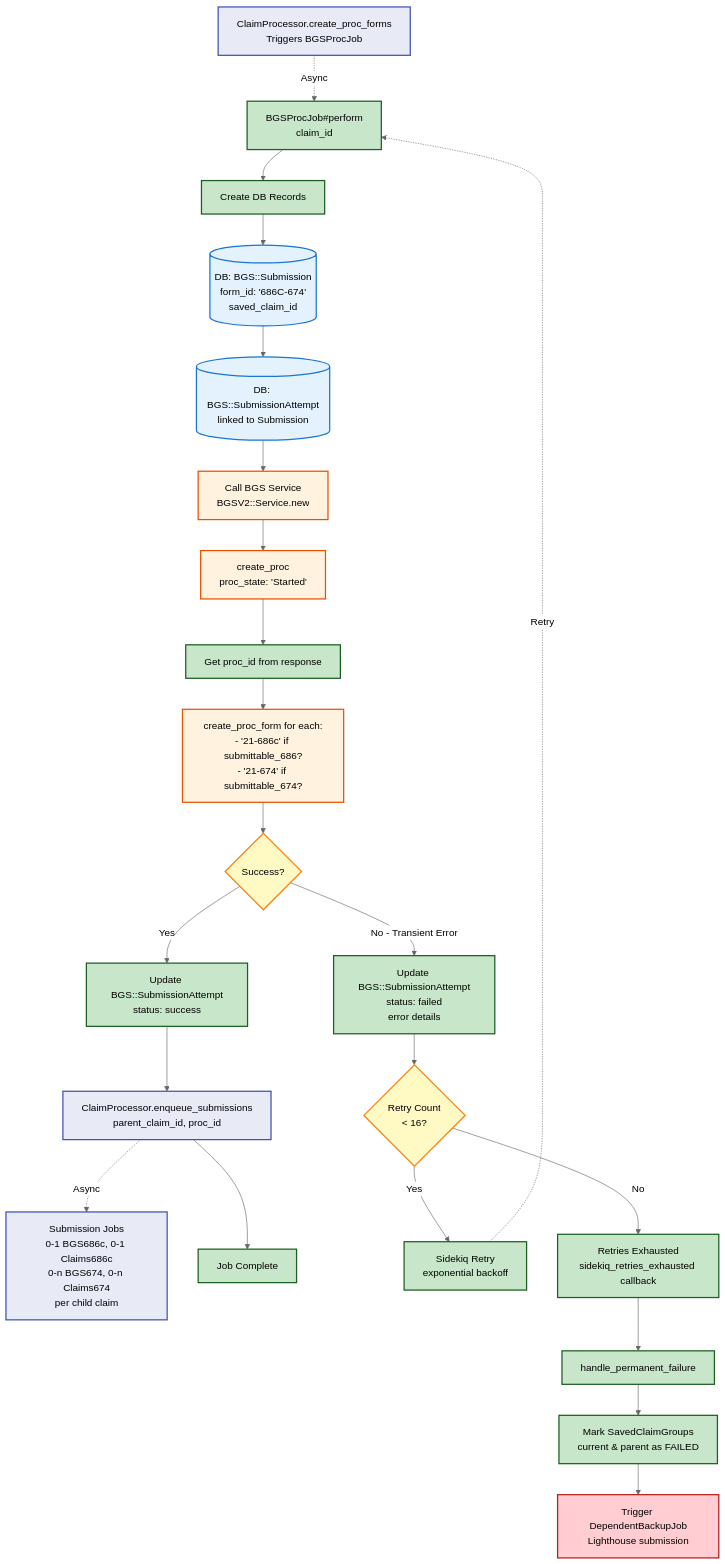
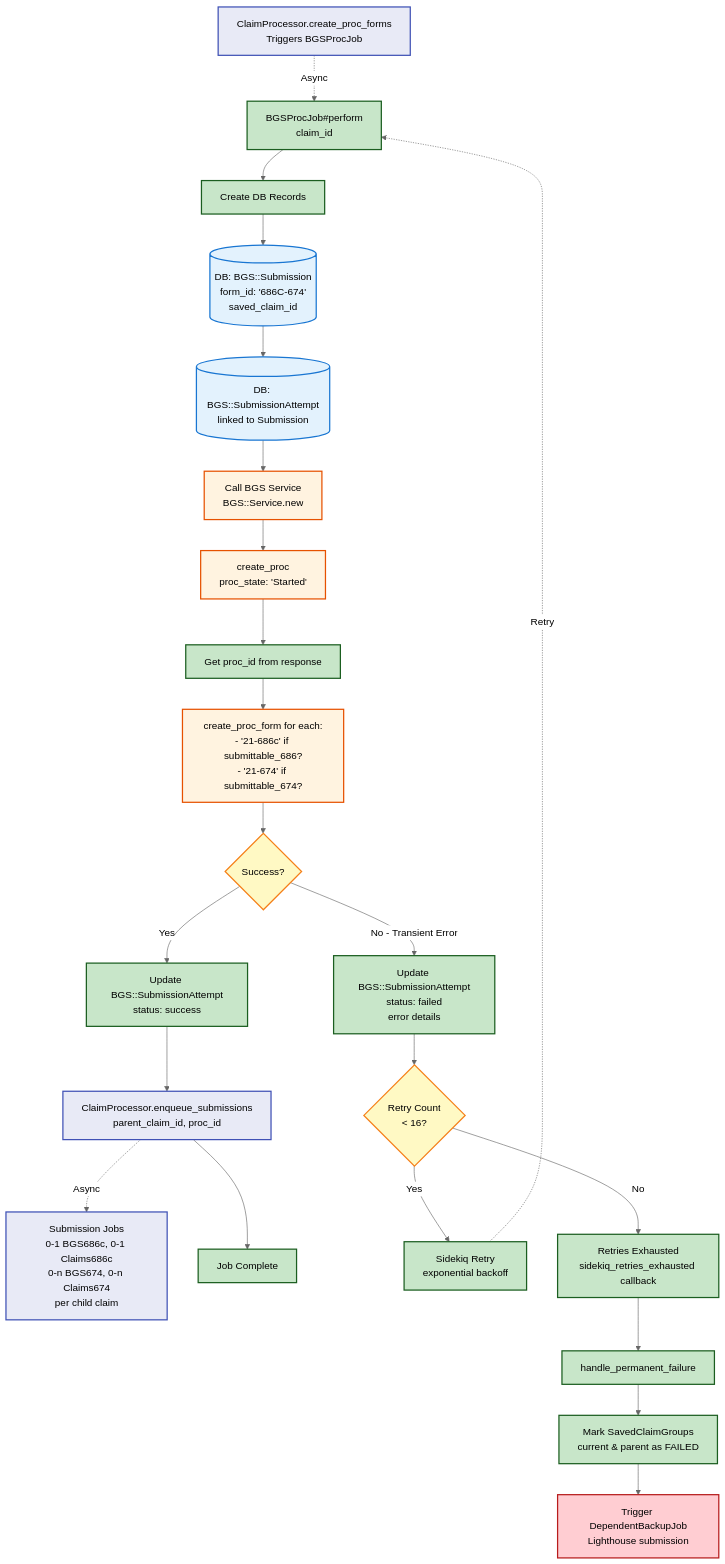
Before and after one commit to department-of-veterans-affairs/vets-api: the diagram in modules/dependents_benefits/documentation/data_flow_diagrams/bgs_proc_job_flow.md, drawn with Mermaid (neutral theme). The commit also changed 89 other files, not shown here.

````diff
--- a/modules/dependents_benefits/documentation/data_flow_diagrams/bgs_proc_job_flow.md
+++ b/modules/dependents_benefits/documentation/data_flow_diagrams/bgs_proc_job_flow.md
@@ -7,46 +7,46 @@
 ```mermaid
 graph TD
     Start[ClaimProcessor.create_proc_forms<br/>Triggers BGSProcJob] -.Async.-> Job[BGSProcJob#perform<br/>claim_id]
     
     Job --> CreateRecords[Create DB Records]
     CreateRecords --> DB1[(DB: BGS::Submission<br/>form_id: '686C-674'<br/>saved_claim_id)]
     DB1 --> DB2[(DB: BGS::SubmissionAttempt<br/>linked to Submission)]
     
-    DB2 --> CallBGS[Call BGS Service<br/>BGSV2::Service.new]
+    DB2 --> CallBGS[Call BGS Service<br/>BGS::Service.new]
     CallBGS --> CreateProc[create_proc<br/>proc_state: 'Started']
     CreateProc --> GetProcId[Get proc_id from response]
     
     GetProcId --> CreateForms[create_proc_form for each:<br/>- '21-686c' if submittable_686?<br/>- '21-674' if submittable_674?]
     
     CreateForms --> Success{Success?}
     
     Success -->|Yes| UpdateAttempt[Update BGS::SubmissionAttempt<br/>status: success]
     UpdateAttempt --> CallProcessor[ClaimProcessor.enqueue_submissions<br/>parent_claim_id, proc_id]
     CallProcessor -.Async.-> SubmissionJobs[Submission Jobs<br/>0-1 BGS686c, 0-1 Claims686c<br/>0-n BGS674, 0-n Claims674<br/>per child claim]
     CallProcessor --> Complete[Job Complete]
     
     Success -->|No - Transient Error| UpdateFailed[Update BGS::SubmissionAttempt<br/>status: failed<br/>error details]
     UpdateFailed --> Retry{Retry Count<br/>< 16?}
     Retry -->|Yes| RetryJob[Sidekiq Retry<br/>exponential backoff]
     RetryJob -.Retry.-> Job
     
     Retry -->|No| Exhausted[Retries Exhausted<br/>sidekiq_retries_exhausted callback]
     Exhausted --> HandlePerm[handle_permanent_failure]
     HandlePerm --> MarkFailed[Mark SavedClaimGroups<br/>current & parent as FAILED]
     MarkFailed --> BackupJob[Trigger DependentBackupJob<br/>Lighthouse submission]
     
     %% Styling
     classDef trigger fill:#e8eaf6,stroke:#3f51b5,stroke-width:2px
     classDef process fill:#c8e6c9,stroke:#1b5e20,stroke-width:2px
     classDef database fill:#e3f2fd,stroke:#1976d2,stroke-width:2px
     classDef service fill:#fff3e0,stroke:#e65100,stroke-width:2px
     classDef decision fill:#fff9c4,stroke:#f57f17,stroke-width:2px
     classDef failure fill:#ffcdd2,stroke:#b71c1c,stroke-width:2px
     
     class Start,CallProcessor,SubmissionJobs trigger
     class Job,CreateRecords,GetProcId,UpdateAttempt,UpdateFailed,HandlePerm,MarkFailed,Complete,RetryJob,Exhausted process
     class DB1,DB2 database
     class CallBGS,CreateProc,CreateForms service
     class Success,Retry decision
     class BackupJob failure
 ```
````
